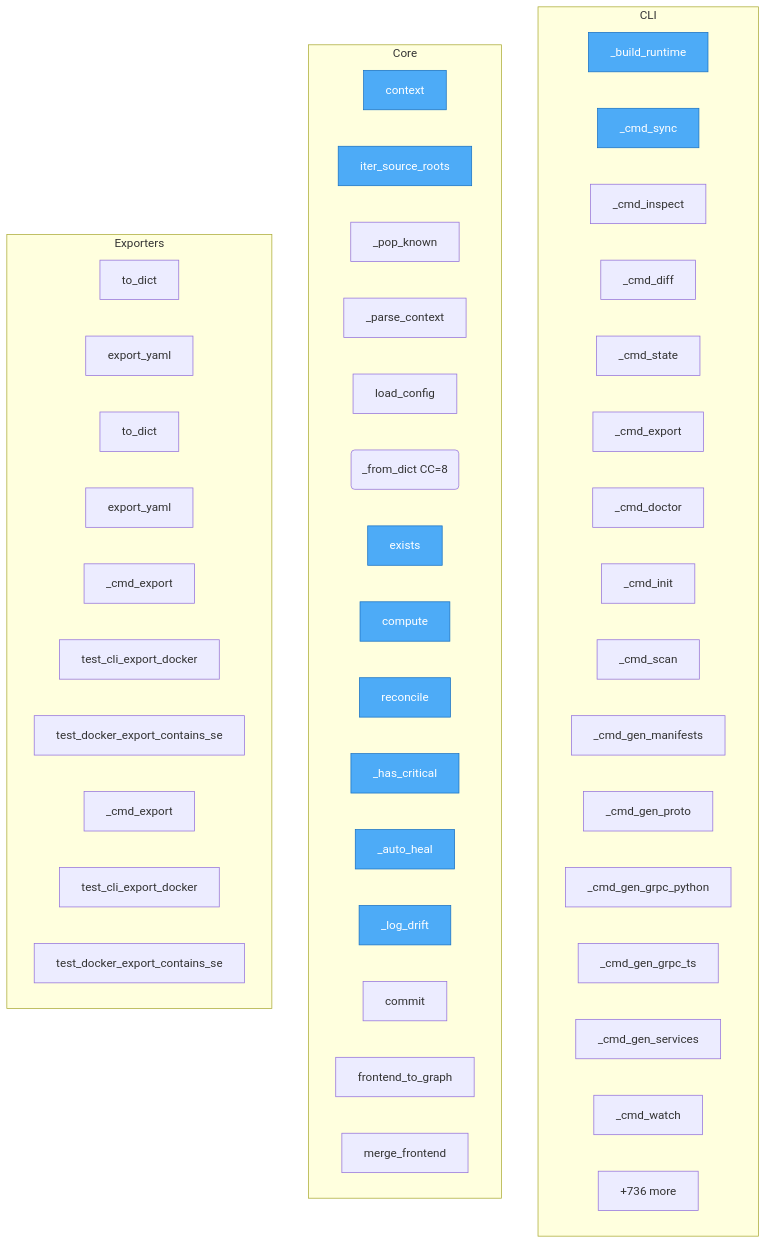
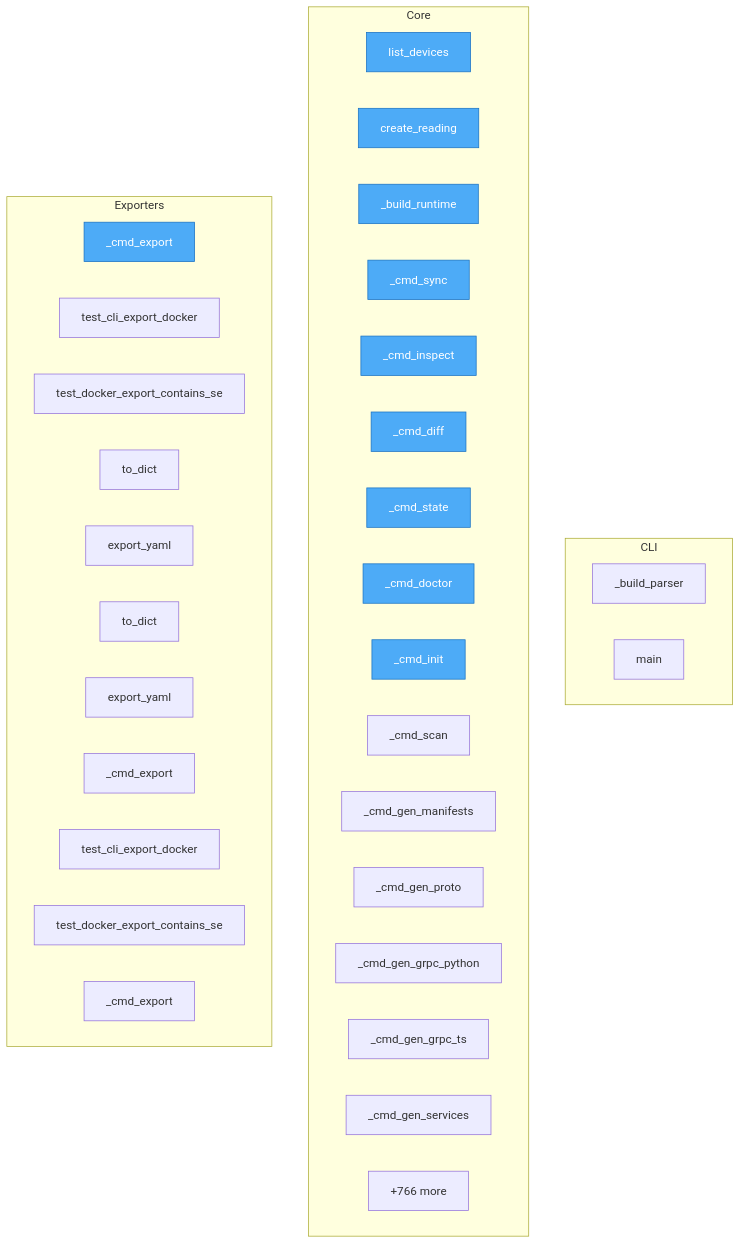
Before and after one commit to semcod/swop: the diagram in project/flow.mmd, drawn with Mermaid. The commit also changed 26 other files, not shown here.

```diff
--- a/project/flow.mmd
+++ b/project/flow.mmd
@@ -1,57 +1,44 @@
 flowchart TD
 
     %% Entry points (blue)
     classDef entry fill:#4dabf7,stroke:#1971c2,color:#fff
 
     subgraph CLI
-        swop__cli___build_runtime["_build_runtime"]
-        swop__cli___cmd_sync["_cmd_sync"]
-        swop__cli___cmd_inspect["_cmd_inspect"]
-        swop__cli___cmd_diff["_cmd_diff"]
-        swop__cli___cmd_state["_cmd_state"]
-        swop__cli___cmd_export["_cmd_export"]
-        swop__cli___cmd_doctor["_cmd_doctor"]
-        swop__cli___cmd_init["_cmd_init"]
-        swop__cli___cmd_scan["_cmd_scan"]
-        swop__cli___cmd_gen_manifests["_cmd_gen_manifests"]
-        swop__cli___cmd_gen_proto["_cmd_gen_proto"]
-        swop__cli___cmd_gen_grpc_python["_cmd_gen_grpc_python"]
-        swop__cli___cmd_gen_grpc_ts["_cmd_gen_grpc_ts"]
-        swop__cli___cmd_gen_services["_cmd_gen_services"]
-        swop__cli___cmd_watch["_cmd_watch"]
-        ...["+5 more"]
+        swop__cli___build_parser["_build_parser"]
+        swop__cli__main["main"]
     end
 
     subgraph Core
-        swop__config__SwopConfig__context["context"]
-        swop__config__SwopConfig__iter_source_roots["iter_source_roots"]
-        swop__config___pop_known["_pop_known"]
-        swop__config___parse_context["_parse_context"]
-        swop__config__load_config["load_config"]
-        swop__config___from_dict("_from_dict CC=8")
-        swop__reconcile__Drift__exists["exists"]
-        swop__reconcile__DriftDetector__compute["compute"]
-        swop__reconcile__ResyncEngine__reconcile["reconcile"]
-        swop__reconcile__ResyncEngine___has_critical["_has_critical"]
-        swop__reconcile__ResyncEngine___auto_heal["_auto_heal"]
-        swop__reconcile__ResyncEngine___log_drift["_log_drift"]
-        swop__versioning__Versioning__commit["commit"]
-        swop__sync__SyncEngine__frontend_to_graph["frontend_to_graph"]
-        swop__sync__SyncEngine__merge_frontend["merge_frontend"]
-        ...["+736 more"]
+        project__map__toon__list_devices["list_devices"]
+        project__map__toon__create_reading["create_reading"]
+        project__map__toon___build_runtime["_build_runtime"]
+        project__map__toon___cmd_sync["_cmd_sync"]
+        project__map__toon___cmd_inspect["_cmd_inspect"]
+        project__map__toon___cmd_diff["_cmd_diff"]
+        project__map__toon___cmd_state["_cmd_state"]
+        project__map__toon___cmd_doctor["_cmd_doctor"]
+        project__map__toon___cmd_init["_cmd_init"]
+        project__map__toon___cmd_scan["_cmd_scan"]
+        project__map__toon___cmd_gen_manifests["_cmd_gen_manifests"]
+        project__map__toon___cmd_gen_proto["_cmd_gen_proto"]
+        project__map__toon___cmd_gen_grpc_python["_cmd_gen_grpc_python"]
+        project__map__toon___cmd_gen_grpc_ts["_cmd_gen_grpc_ts"]
+        project__map__toon___cmd_gen_services["_cmd_gen_services"]
+        ...["+766 more"]
     end
 
     subgraph Exporters
+        project__map__toon___cmd_export["_cmd_export"]
+        project__map__toon__test_cli_export_docker["test_cli_export_docker"]
+        project__map__toon__test_docker_export_contains_services["test_docker_export_contains_se"]
         swop__export__docker__DockerExporter__to_dict["to_dict"]
         swop__export__docker__DockerExporter__export_yaml["export_yaml"]
         swop__export__yaml__StateExporter__to_dict["to_dict"]
         swop__export__yaml__StateExporter__export_yaml["export_yaml"]
         SUMD___cmd_export["_cmd_export"]
         SUMD__test_cli_export_docker["test_cli_export_docker"]
         SUMD__test_docker_export_contains_services["test_docker_export_contains_se"]
-        project__map__toon___cmd_export["_cmd_export"]
-        project__map__toon__test_cli_export_docker["test_cli_export_docker"]
-        project__map__toon__test_docker_export_contains_services["test_docker_export_contains_se"]
+        swop__commands___cmd_export["_cmd_export"]
     end
 
-    class swop__config__SwopConfig__context,swop__config__SwopConfig__iter_source_roots,swop__reconcile__Drift__exists,swop__reconcile__DriftDetector__compute,swop__reconcile__ResyncEngine__reconcile,swop__reconcile__ResyncEngine___has_critical,swop__reconcile__ResyncEngine___auto_heal,swop__reconcile__ResyncEngine___log_drift,swop__cli___build_runtime,swop__cli___cmd_sync entry
+    class project__map__toon__list_devices,project__map__toon__create_reading,project__map__toon___build_runtime,project__map__toon___cmd_sync,project__map__toon___cmd_inspect,project__map__toon___cmd_diff,project__map__toon___cmd_state,project__map__toon___cmd_export,project__map__toon___cmd_doctor,project__map__toon___cmd_init entry
```
